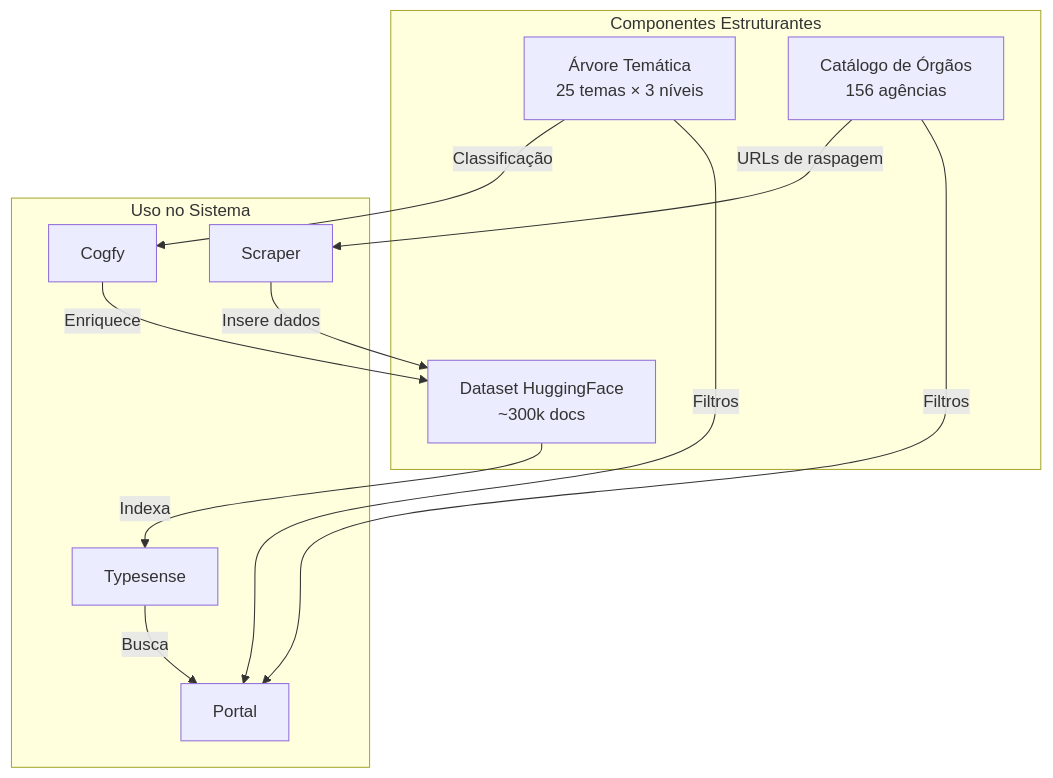
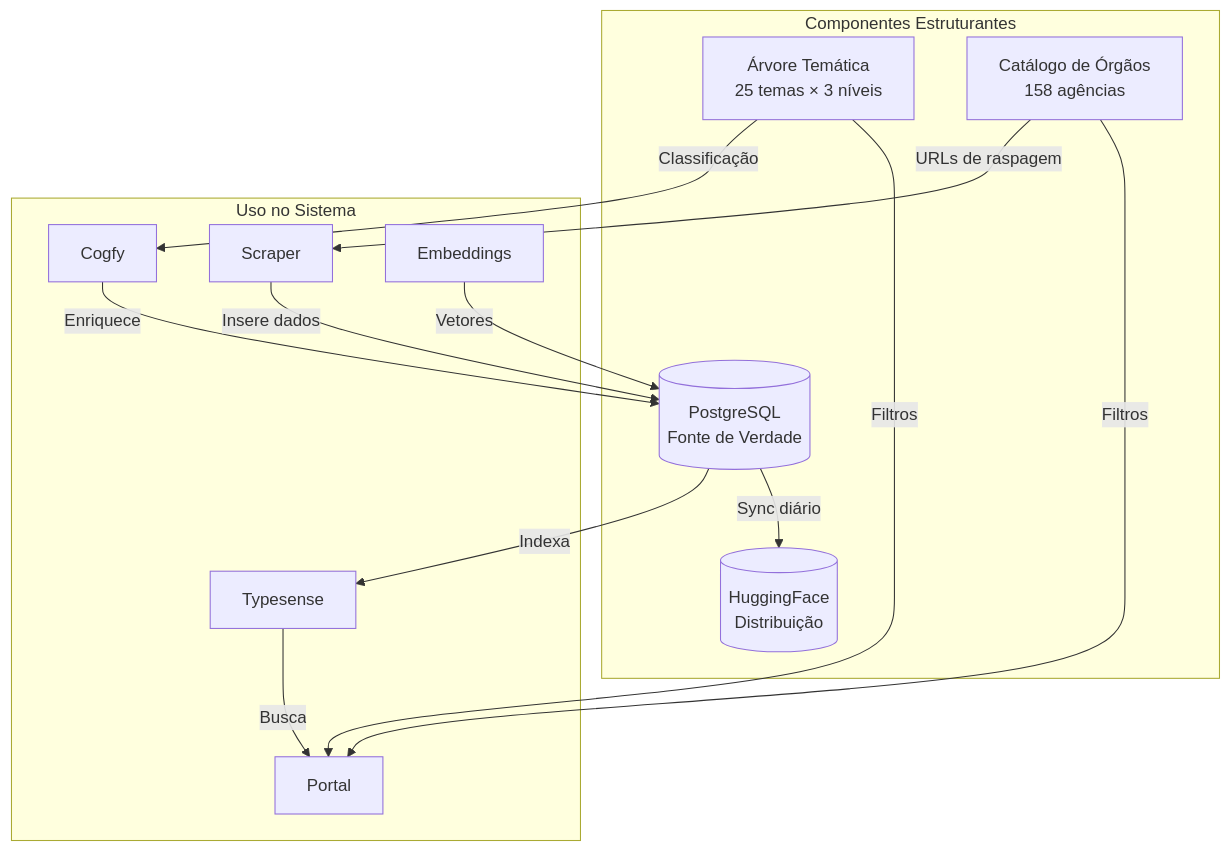
Before and after one commit to destaquesgovbr/docs: the diagram in docs/arquitetura/componentes-estruturantes.md, drawn with Mermaid. The commit also changed other lines of this file and 8 other files, not shown here.

First line of the commit message:
docs: atualiza arquitetura para PostgreSQL como fonte de verdade

````diff
--- a/docs/arquitetura/componentes-estruturantes.md
+++ b/docs/arquitetura/componentes-estruturantes.md
@@ -304,24 +327,28 @@
 ```mermaid
 graph TB
     subgraph "Componentes Estruturantes"
         AT[Árvore Temática<br/>25 temas × 3 níveis]
-        CO[Catálogo de Órgãos<br/>156 agências]
-        DS[Dataset HuggingFace<br/>~300k docs]
+        CO[Catálogo de Órgãos<br/>158 agências]
+        PG[(PostgreSQL<br/>Fonte de Verdade)]
+        HF[(HuggingFace<br/>Distribuição)]
     end
 
     subgraph "Uso no Sistema"
         SC[Scraper]
         CF[Cogfy]
+        EMB[Embeddings]
+        TS[Typesense]
         PO[Portal]
-        TS[Typesense]
     end
 
     CO -->|URLs de raspagem| SC
     AT -->|Classificação| CF
-    SC -->|Insere dados| DS
-    CF -->|Enriquece| DS
-    DS -->|Indexa| TS
+    SC -->|Insere dados| PG
+    CF -->|Enriquece| PG
+    EMB -->|Vetores| PG
+    PG -->|Indexa| TS
+    PG -->|Sync diário| HF
     TS -->|Busca| PO
     AT -->|Filtros| PO
     CO -->|Filtros| PO
 ```
````
